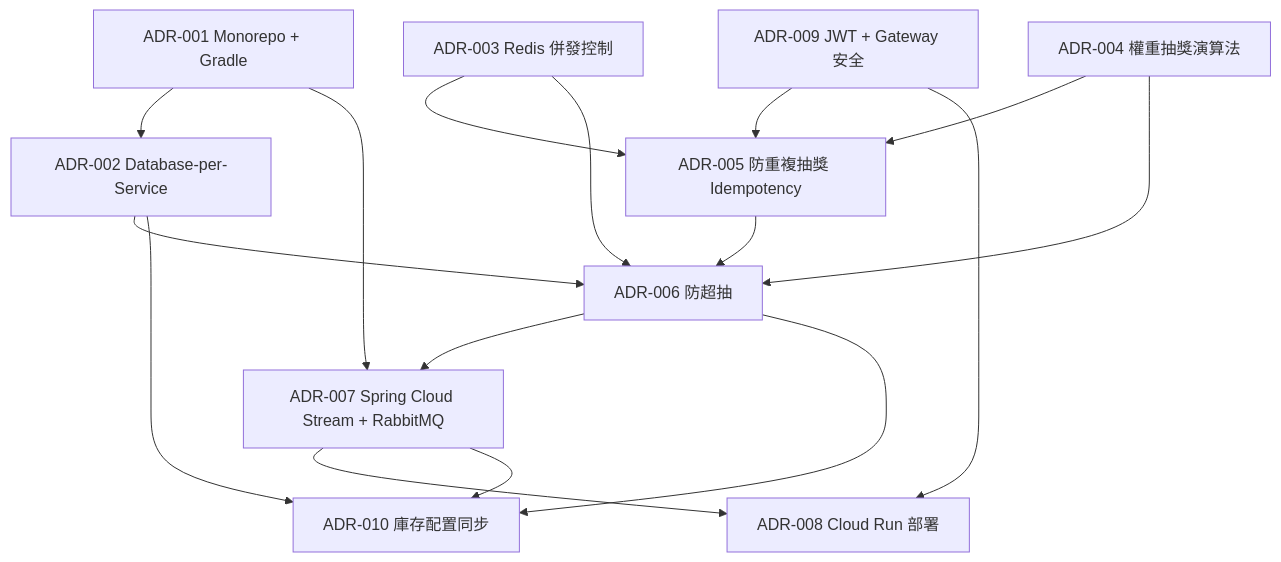
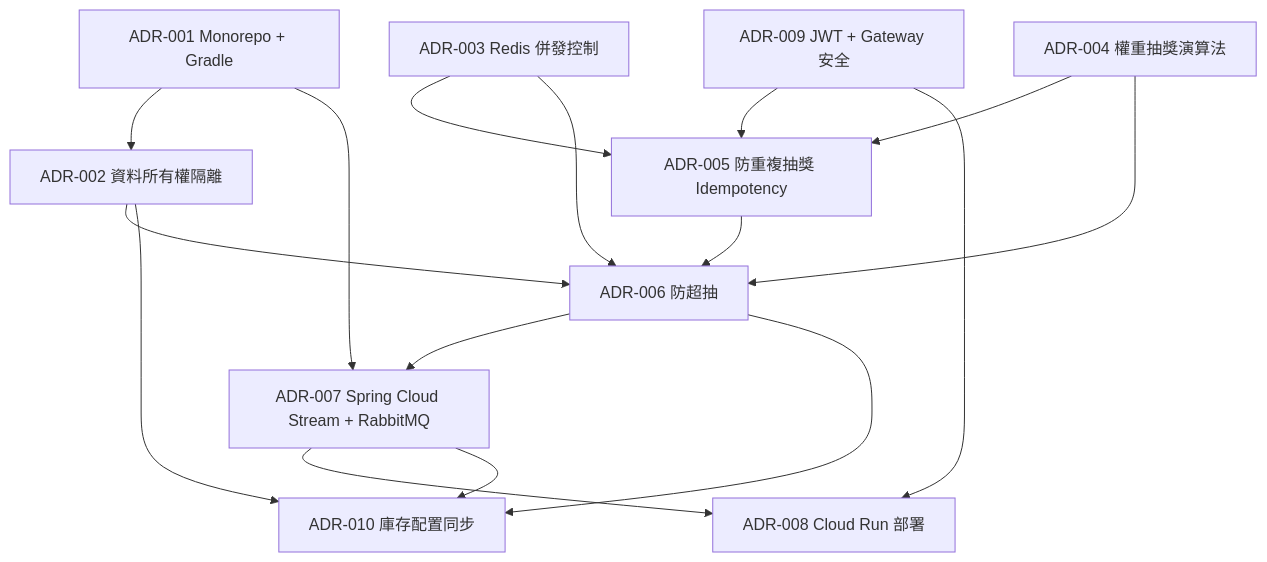
Before and after one commit to jjyung/lucky-draw-system: the diagram in docs/adr/README.md, drawn with Mermaid. The commit also changed other lines of this file and 9 other files, not shown here.

First line of the commit message:
docs(adr,architecture): reframe ADR-002 to data ownership & isolation

````diff
--- a/docs/adr/README.md
+++ b/docs/adr/README.md
@@ -22,29 +22,29 @@
 ```mermaid
 graph TD
     A1["ADR-001 Monorepo + Gradle"]
-    A2["ADR-002 Database-per-Service"]
+    A2["ADR-002 資料所有權隔離"]
     A3["ADR-003 Redis 併發控制"]
     A4["ADR-004 權重抽獎演算法"]
     A5["ADR-005 防重複抽獎 Idempotency"]
     A6["ADR-006 防超抽"]
     A7["ADR-007 Spring Cloud Stream + RabbitMQ"]
     A8["ADR-008 Cloud Run 部署"]
     A9["ADR-009 JWT + Gateway 安全"]
     A10["ADR-010 庫存配置同步"]
 
     A1 --> A2
     A1 --> A7
     A2 --> A6
     A3 --> A5
     A3 --> A6
     A4 --> A5
     A4 --> A6
     A5 --> A6
     A6 --> A7
     A7 --> A8
     A9 --> A5
     A9 --> A8
     A2 --> A10
     A6 --> A10
     A7 --> A10
 ```
````
